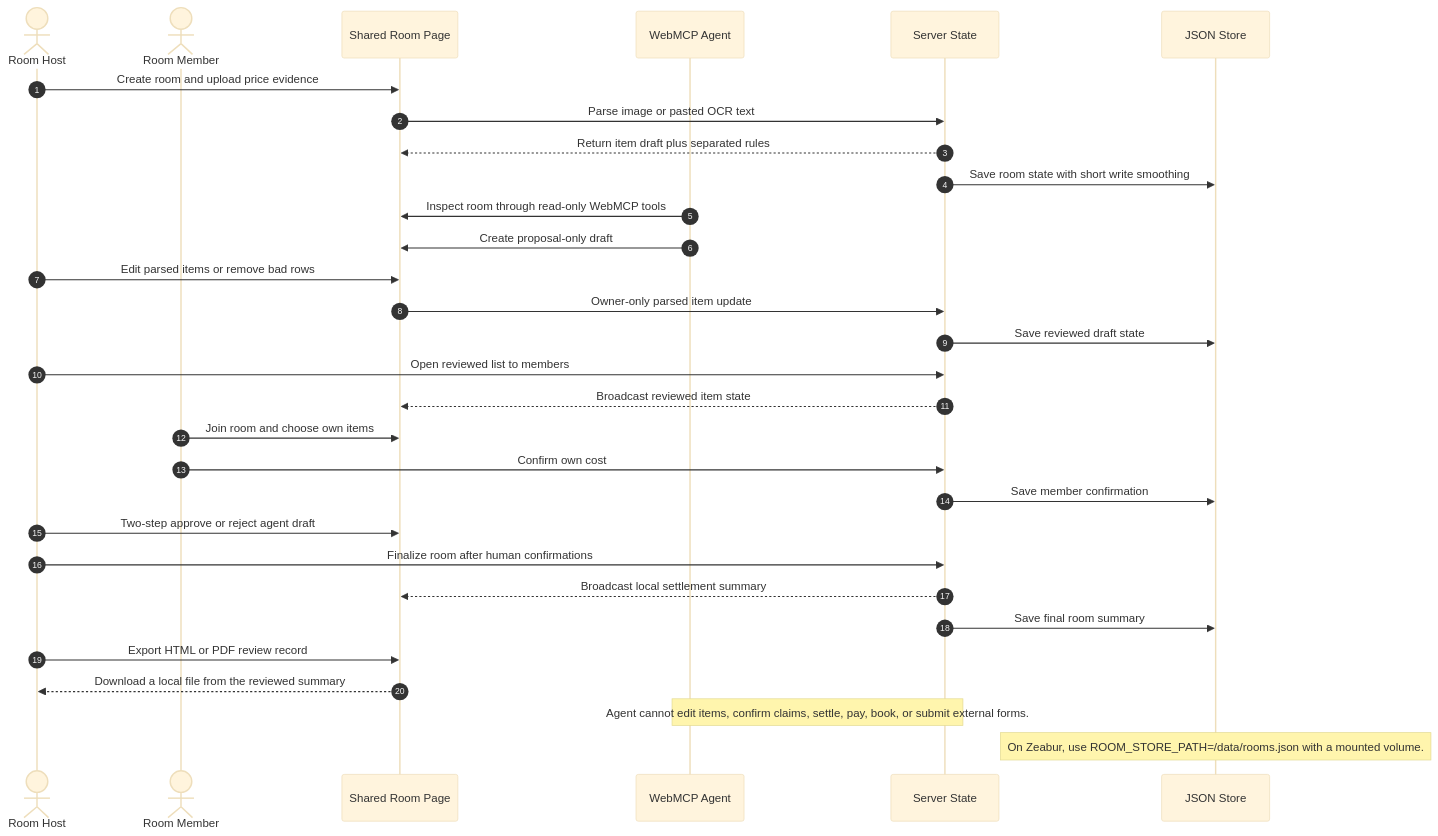
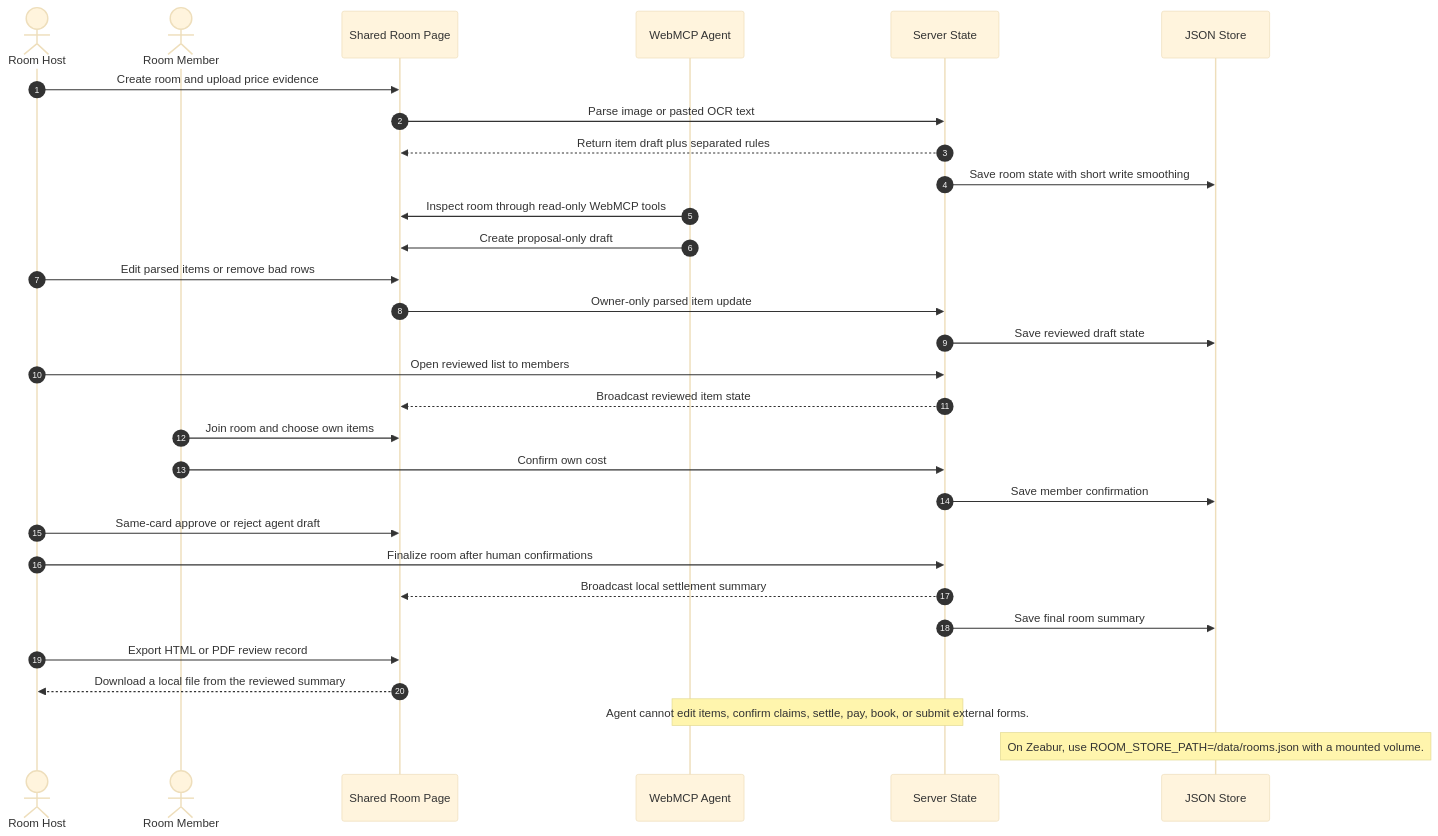
The first of 2 diagrams in README.md (jiarong0423/shared-room-mcp), drawn with Mermaid (base theme) before and after one commit.

Commit message:
Clarify same-card draft approval wording

````diff
--- a/README.md
+++ b/README.md
@@ -170,34 +170,34 @@
 ```mermaid
 sequenceDiagram
   autonumber
   actor Host as Room Host
   actor Member as Room Member
   participant Page as Shared Room Page
   participant Agent as WebMCP Agent
   participant Server as Server State
   participant Store as JSON Store
 
   Host->>Page: Create room and upload price evidence
   Page->>Server: Parse image or pasted OCR text
   Server-->>Page: Return item draft plus separated rules
   Server->>Store: Save room state with short write smoothing
   Agent->>Page: Inspect room through read-only WebMCP tools
   Agent->>Page: Create proposal-only draft
   Host->>Page: Edit parsed items or remove bad rows
   Page->>Server: Owner-only parsed item update
   Server->>Store: Save reviewed draft state
   Host->>Server: Open reviewed list to members
   Server-->>Page: Broadcast reviewed item state
   Member->>Page: Join room and choose own items
   Member->>Server: Confirm own cost
   Server->>Store: Save member confirmation
-  Host->>Page: Two-step approve or reject agent draft
+  Host->>Page: Same-card approve or reject agent draft
   Host->>Server: Finalize room after human confirmations
   Server-->>Page: Broadcast local settlement summary
   Server->>Store: Save final room summary
   Host->>Page: Export HTML or PDF review record
   Page-->>Host: Download a local file from the reviewed summary
 
   Note over Agent,Server: Agent cannot edit items, confirm claims, settle, pay, book, or submit external forms.
   Note over Store: On Zeabur, use ROOM_STORE_PATH=/data/rooms.json with a mounted volume.
 ```
````
